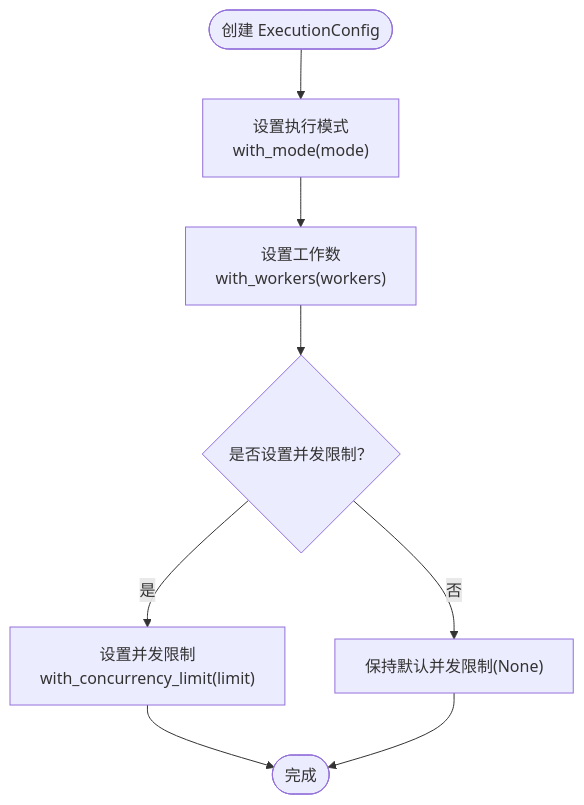
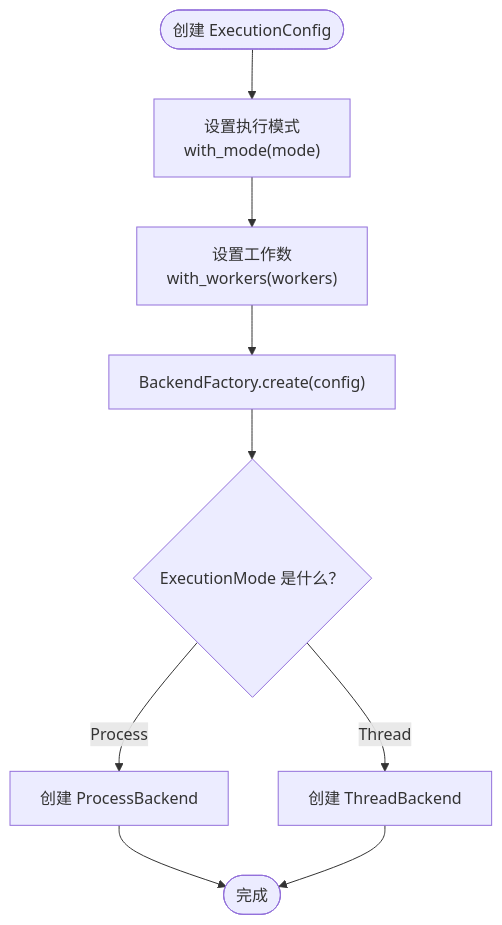
One commit to xcry2006/execute changed the fourth of 5 diagrams in .qoder/repowiki/zh/content/核心 API 参考/配置 API.md. Above: the diagram before and after it, drawn with Mermaid. The commit also changed other lines of this file and 9 other files, not shown here.

````diff
--- a/.qoder/repowiki/zh/content/核心 API 参考/配置 API.md
+++ b/.qoder/repowiki/zh/content/核心 API 参考/配置 API.md
@@ -250,10 +283,11 @@
 ```mermaid
 flowchart TD
 Start(["创建 ExecutionConfig"]) --> Mode["设置执行模式<br/>with_mode(mode)"]
 Mode --> Workers["设置工作数<br/>with_workers(workers)"]
-Workers --> Limit{"是否设置并发限制？"}
-Limit --> |是| Concurrency["设置并发限制<br/>with_concurrency_limit(limit)"]
-Limit --> |否| Defaults["保持默认并发限制(None)"]
-Concurrency --> End(["完成"])
-Defaults --> End
+Workers --> Factory["BackendFactory.create(config)"]
+Factory --> Check{"ExecutionMode 是什么？"}
+Check --> |Process| Process["创建 ProcessBackend"]
+Check --> |Thread| Thread["创建 ThreadBackend"]
+Process --> End(["完成"])
+Thread --> End
 ```
````
